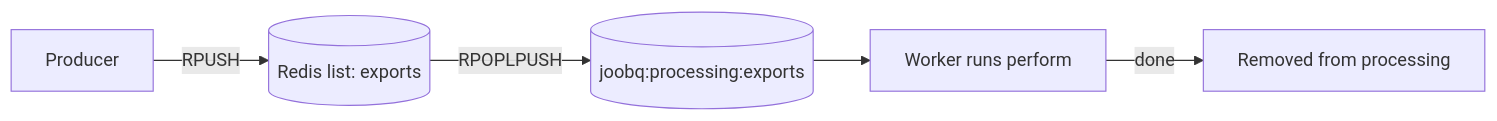
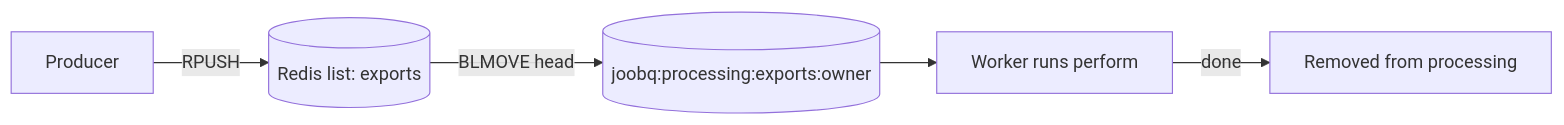
One commit to azutoolkit/joobq changed the diagram in docs/explanation/queues-and-workers.md. Above: the diagram before and after it, drawn with Mermaid. The commit also changed other lines of this file and 29 other files, not shown here.

````diff
--- a/docs/explanation/queues-and-workers.md
+++ b/docs/explanation/queues-and-workers.md
@@ -19,7 +19,7 @@
 ```mermaid
 flowchart LR
   P[Producer] -->|RPUSH| Q[(Redis list: exports)]
-  Q -->|RPOPLPUSH| Proc[(joobq:processing:exports)]
+  Q -->|BLMOVE head| Proc[(joobq:processing:exports:owner)]
   Proc --> W[Worker runs perform]
   W -->|done| X[Removed from processing]
 ```
````
